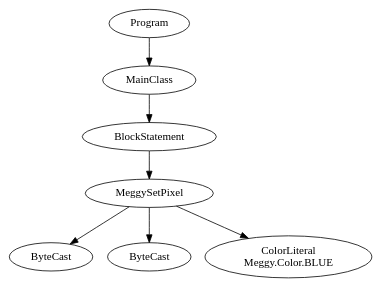
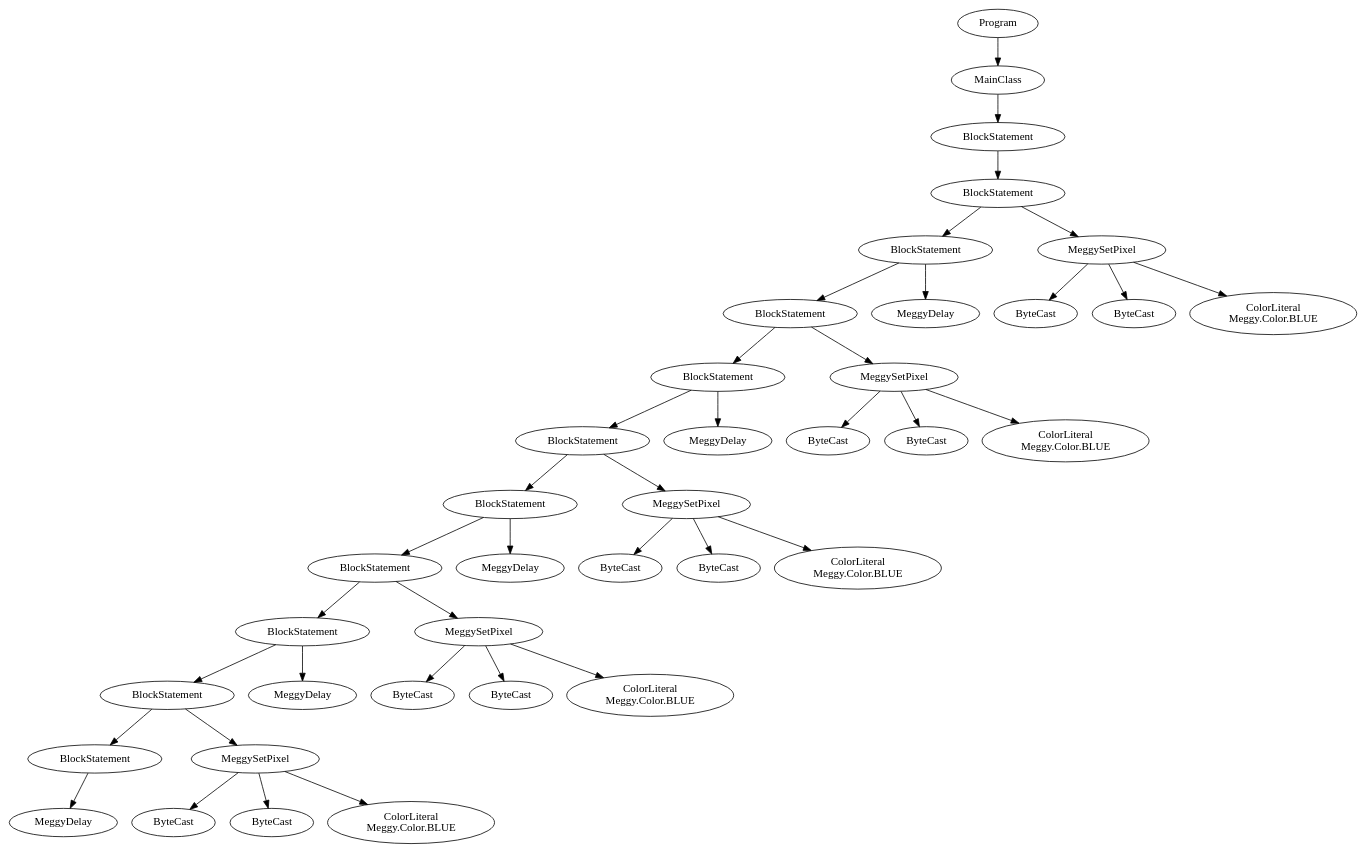
The diagram in Test1.java.ast.dot (karmaUdel/Meggy-Java-Compiler), drawn with Graphviz before and after one commit. The commit also changed 9 other files, not shown here.

Commit message:
MeggySetPixel and MeggyDelay are added to tree, If,While remaining

```diff
--- a/Test1.java.ast.dot
+++ b/Test1.java.ast.dot
@@ -1,15 +1,77 @@
 digraph ASTGraph {
 0 [ label="Program" ];
 1 [ label="MainClass" ];
 0 -> 1
 2 [ label="BlockStatement" ];
 1 -> 2
-3 [ label="MeggySetPixel" ];
+3 [ label="BlockStatement" ];
 2 -> 3
-4 [ label="ByteCast" ];
+4 [ label="BlockStatement" ];
 3 -> 4
-5 [ label="ByteCast" ];
-3 -> 5
-6 [ label="ColorLiteral\nMeggy.Color.BLUE" ];
-3 -> 6
+5 [ label="BlockStatement" ];
+4 -> 5
+6 [ label="BlockStatement" ];
+5 -> 6
+7 [ label="BlockStatement" ];
+6 -> 7
+8 [ label="BlockStatement" ];
+7 -> 8
+9 [ label="BlockStatement" ];
+8 -> 9
+10 [ label="BlockStatement" ];
+9 -> 10
+11 [ label="BlockStatement" ];
+10 -> 11
+12 [ label="BlockStatement" ];
+11 -> 12
+13 [ label="MeggyDelay" ];
+12 -> 13
+14 [ label="MeggySetPixel" ];
+11 -> 14
+15 [ label="ByteCast" ];
+14 -> 15
+16 [ label="ByteCast" ];
+14 -> 16
+17 [ label="ColorLiteral\nMeggy.Color.BLUE" ];
+14 -> 17
+18 [ label="MeggyDelay" ];
+10 -> 18
+19 [ label="MeggySetPixel" ];
+9 -> 19
+20 [ label="ByteCast" ];
+19 -> 20
+21 [ label="ByteCast" ];
+19 -> 21
+22 [ label="ColorLiteral\nMeggy.Color.BLUE" ];
+19 -> 22
+23 [ label="MeggyDelay" ];
+8 -> 23
+24 [ label="MeggySetPixel" ];
+7 -> 24
+25 [ label="ByteCast" ];
+24 -> 25
+26 [ label="ByteCast" ];
+24 -> 26
+27 [ label="ColorLiteral\nMeggy.Color.BLUE" ];
+24 -> 27
+28 [ label="MeggyDelay" ];
+6 -> 28
+29 [ label="MeggySetPixel" ];
+5 -> 29
+30 [ label="ByteCast" ];
+29 -> 30
+31 [ label="ByteCast" ];
+29 -> 31
+32 [ label="ColorLiteral\nMeggy.Color.BLUE" ];
+29 -> 32
+33 [ label="MeggyDelay" ];
+4 -> 33
+34 [ label="MeggySetPixel" ];
+3 -> 34
+35 [ label="ByteCast" ];
+34 -> 35
+36 [ label="ByteCast" ];
+34 -> 36
+37 [ label="ColorLiteral\nMeggy.Color.BLUE" ];
+34 -> 37
 }
```
